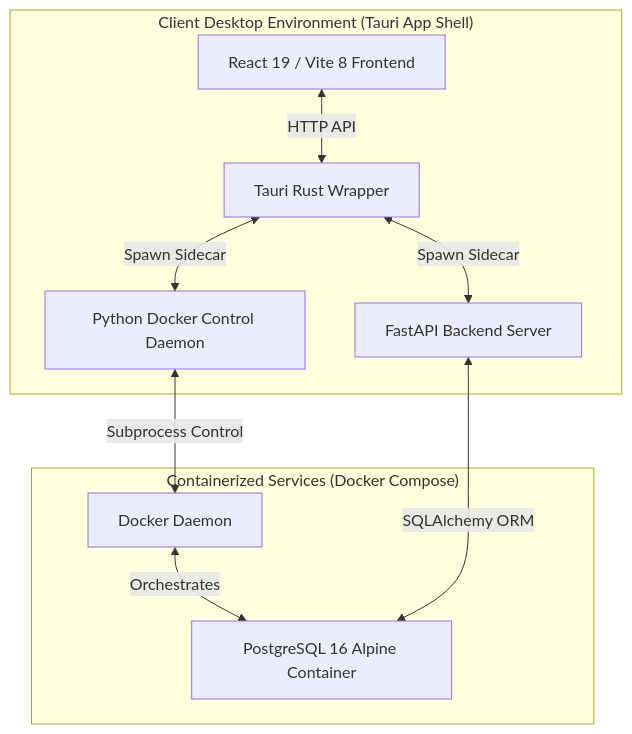
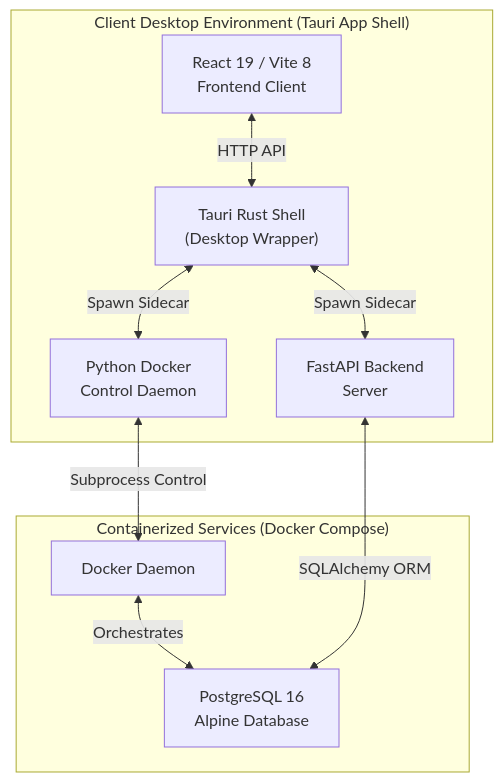
One commit to Ramasamy15012004/Industrial-ERP-desktop-suite changed the diagram in README.md. Above: the diagram before and after it, drawn with Mermaid.

Commit message:
Fix text truncation in Mermaid diagram

````diff
--- a/README.md
+++ b/README.md
@@ -17,14 +17,14 @@
 ```mermaid
 graph TD
     subgraph "Client Desktop Environment (Tauri App Shell)"
-        A[React 19 / Vite 8 Frontend] <-->|HTTP API| B[Tauri Rust Wrapper]
-        B <-->|Spawn Sidecar| C[Python Docker Control Daemon]
-        B <-->|Spawn Sidecar| D[FastAPI Backend Server]
+        A["React 19 / Vite 8<br/>Frontend Client"] <-->|HTTP API| B["Tauri Rust Shell<br/>(Desktop Wrapper)"]
+        B <-->|Spawn Sidecar| C["Python Docker<br/>Control Daemon"]
+        B <-->|Spawn Sidecar| D["FastAPI Backend<br/>Server"]
     end
 
     subgraph "Containerized Services (Docker Compose)"
-        C <-->|Subprocess Control| E[Docker Daemon]
-        E <-->|Orchestrates| F[PostgreSQL 16 Alpine Container]
+        C <-->|Subprocess Control| E["Docker Daemon"]
+        E <-->|Orchestrates| F["PostgreSQL 16<br/>Alpine Database"]
         D <-->|SQLAlchemy ORM| F
     end
 ```
````
